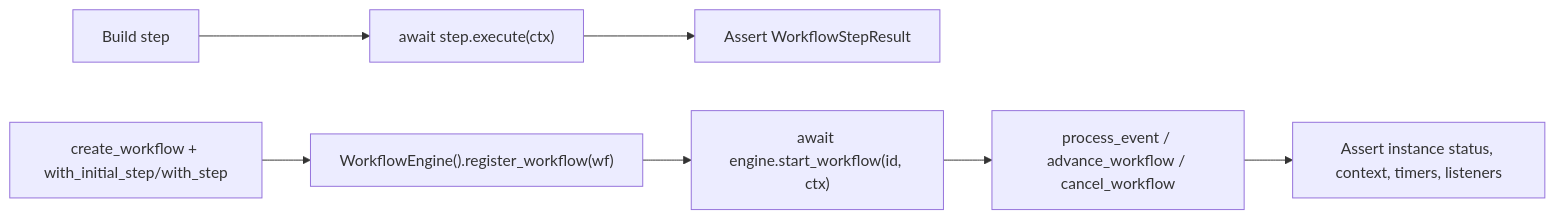
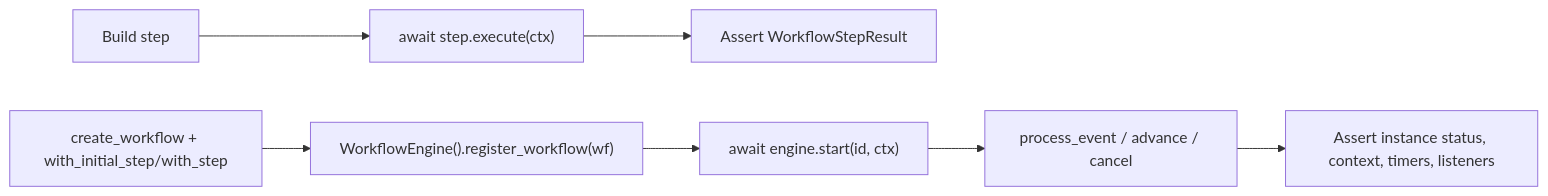
One commit to NikolasMarkou/fsm_llm changed the diagram in tests/test_fsm_llm_workflows/AGENTS.md. Above: the diagram before and after it, drawn with Mermaid. The commit also changed other lines of this file and 30 other files, not shown here.

````diff
--- a/tests/test_fsm_llm_workflows/AGENTS.md
+++ b/tests/test_fsm_llm_workflows/AGENTS.md
@@ -16,7 +16,7 @@
 ```mermaid
 flowchart LR
     A[Build step] --> B["await step.execute(ctx)"] --> C[Assert WorkflowStepResult]
     D[create_workflow + with_initial_step/with_step] --> E["WorkflowEngine().register_workflow(wf)"]
-    E --> F["await engine.start_workflow(id, ctx)"] --> G[process_event / advance_workflow / cancel_workflow]
+    E --> F["await engine.start(id, ctx)"] --> G[process_event / advance / cancel]
     G --> H[Assert instance status, context, timers, listeners]
 ```
````
